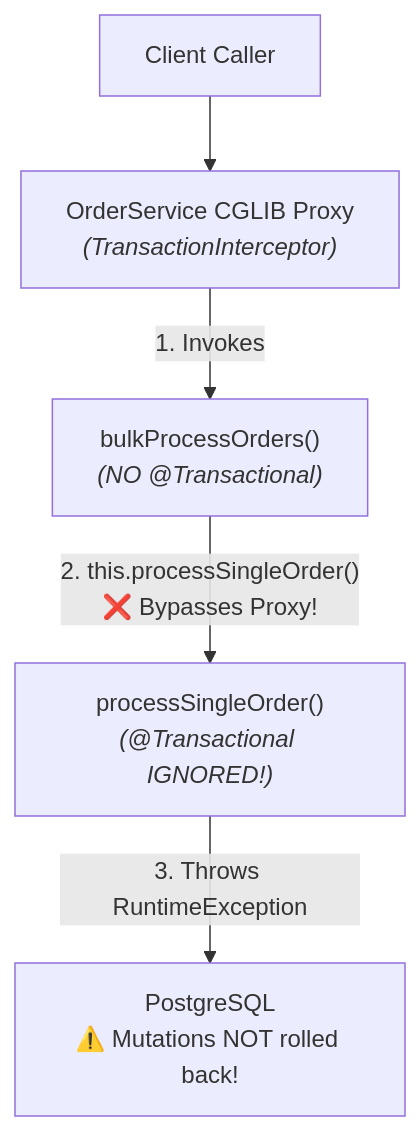
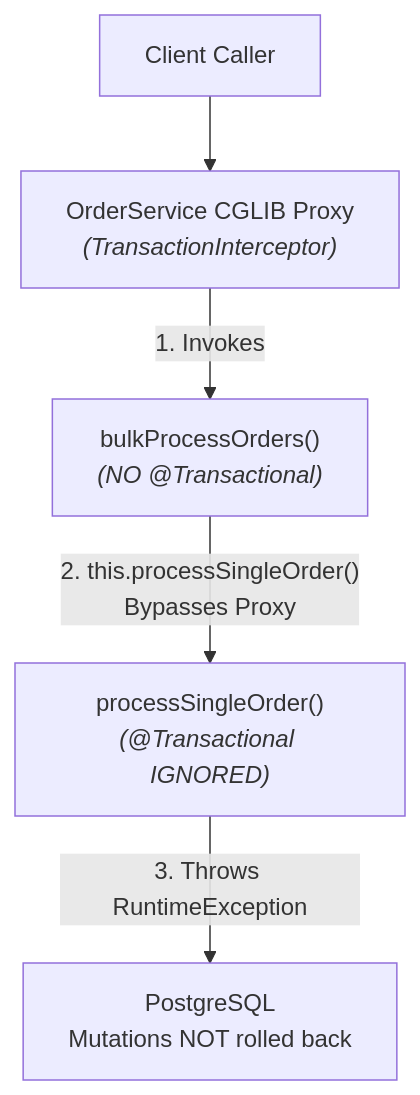
Before and after one commit to Rohit1024/spring-boot-mastery: the first of 2 diagrams in docs/debugging/transaction-rollback-and-proxy-pitfalls.md, drawn with Mermaid. The commit also changed other lines of this file and 117 other files, not shown here.

````diff
--- a/docs/debugging/transaction-rollback-and-proxy-pitfalls.md
+++ b/docs/debugging/transaction-rollback-and-proxy-pitfalls.md
@@ -21,7 +21,7 @@
 ``` mermaid
 flowchart TD
     Client["Client Caller"] --> Proxy["OrderService CGLIB Proxy<br/><i>(TransactionInterceptor)</i>"]
     Proxy -->|"1. Invokes"| Outer["bulkProcessOrders()<br/><i>(NO @Transactional)</i>"]
-    Outer -->|"2. this.processSingleOrder()<br/>❌ Bypasses Proxy!"| Inner["processSingleOrder()<br/><i>(@Transactional IGNORED!)</i>"]
-    Inner -->|"3. Throws RuntimeException"| DB["PostgreSQL<br/>⚠️ Mutations NOT rolled back!"]
+    Outer -->|"2. this.processSingleOrder()<br/>Bypasses Proxy"| Inner["processSingleOrder()<br/><i>(@Transactional IGNORED)</i>"]
+    Inner -->|"3. Throws RuntimeException"| DB["PostgreSQL<br/>Mutations NOT rolled back"]
 ```
````
